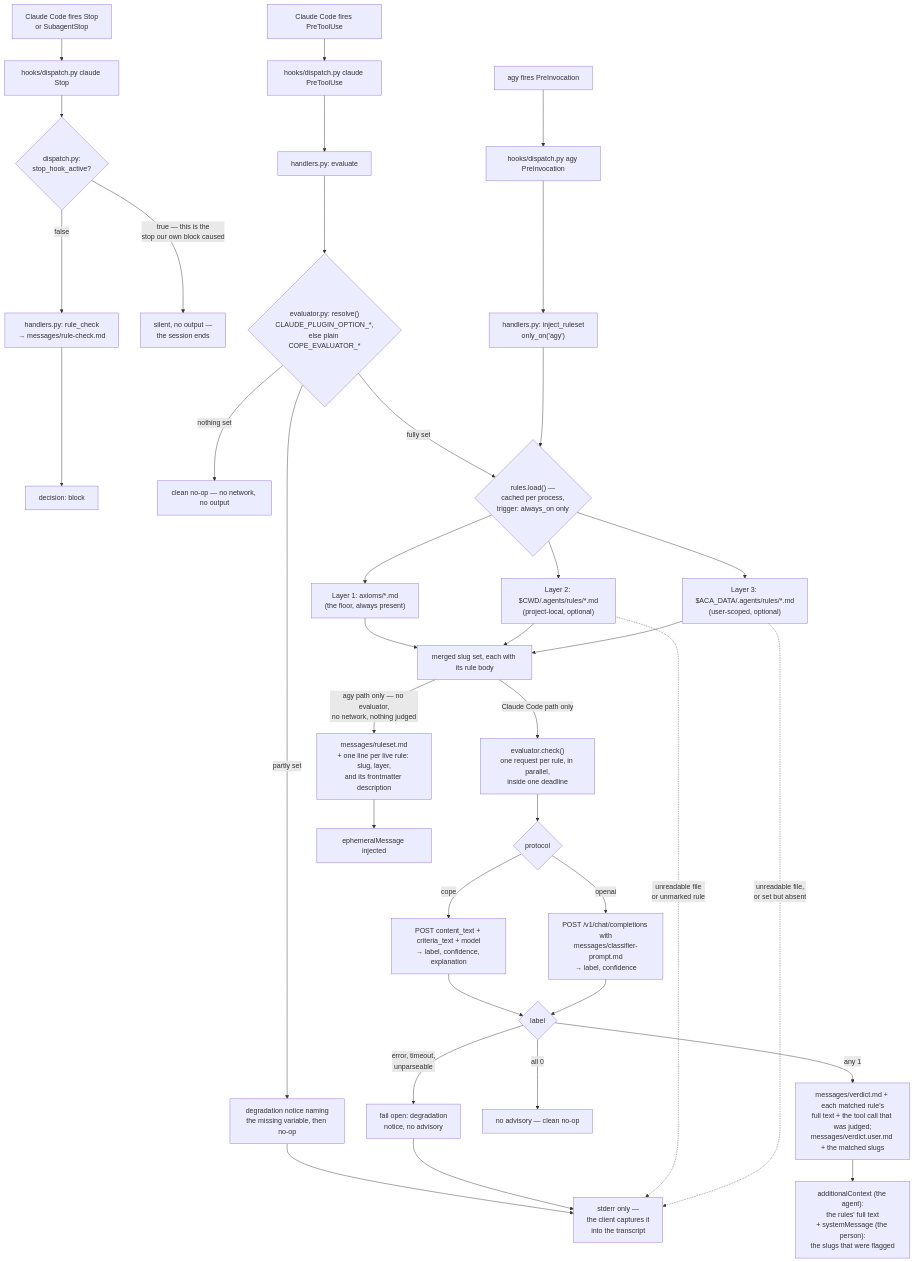
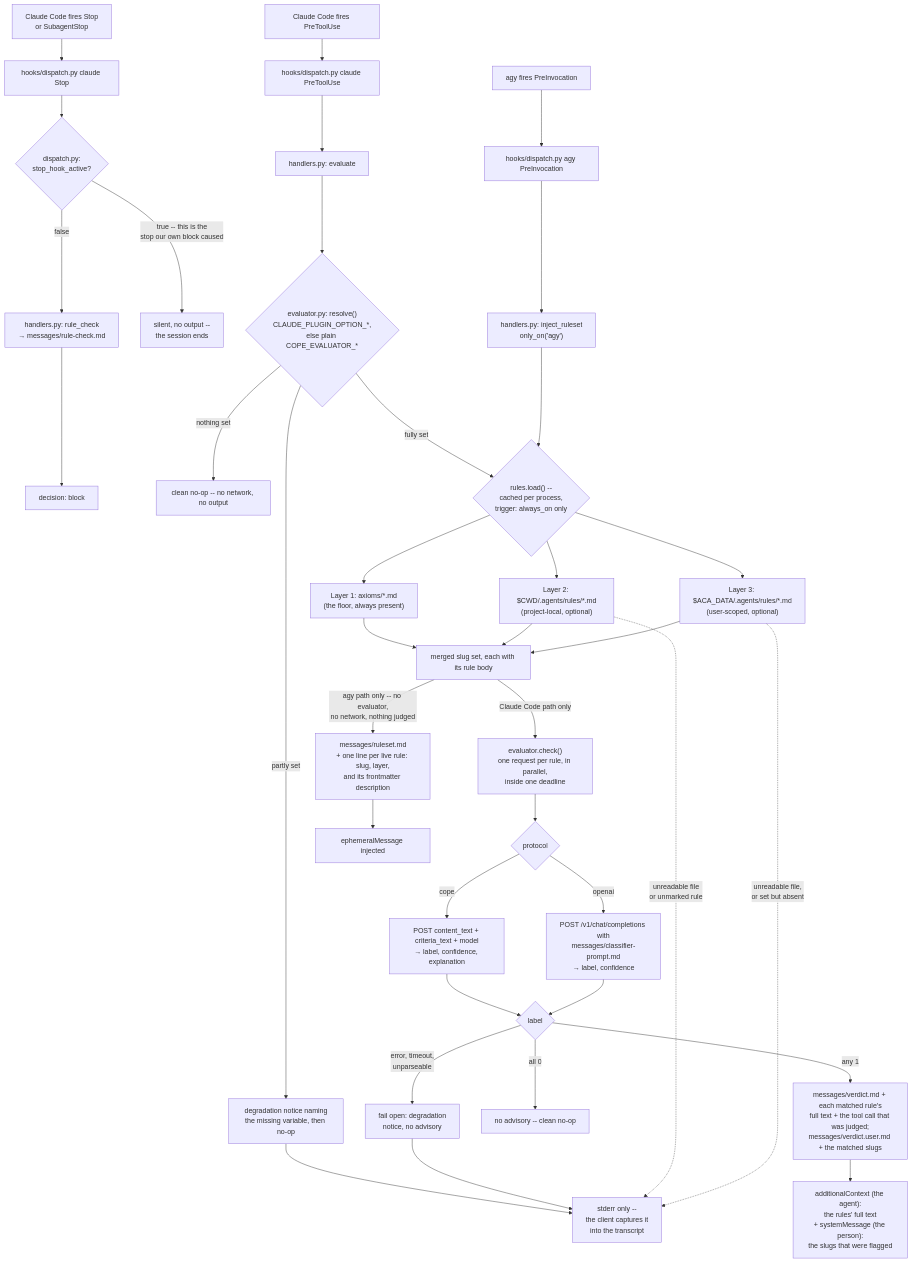
Before and after one commit to nicsuzor/academicOps: the diagram in plugins/rbg/README.md, drawn with Mermaid. The commit also changed other lines of this file and 46 other files, not shown here.

````diff
--- a/plugins/rbg/README.md
+++ b/plugins/rbg/README.md
@@ -11,45 +11,45 @@
 ```mermaid
 flowchart TD
     A[Claude Code fires PreToolUse] --> B["hooks/dispatch.py claude PreToolUse"]
     A2[agy fires PreInvocation] --> B2["hooks/dispatch.py agy PreInvocation"]
     A3[Claude Code fires Stop<br/>or SubagentStop] --> B3["hooks/dispatch.py claude Stop"]
     B --> C["handlers.py: evaluate"]
     B2 --> C2["handlers.py: inject_ruleset<br/>only_on('agy')"]
     B3 --> S{"dispatch.py:<br/>stop_hook_active?"}
-    S -->|"true — this is the<br/>stop our own block caused"| S1[silent, no output —<br/>the session ends]
+    S -->|"true -- this is the<br/>stop our own block caused"| S1[silent, no output --<br/>the session ends]
     S -->|false| S2["handlers.py: rule_check<br/>→ messages/rule-check.md"]
     S2 --> S3["decision: block"]
 
     C --> R{"evaluator.py: resolve()<br/>CLAUDE_PLUGIN_OPTION_*,<br/>else plain COPE_EVALUATOR_*"}
-    R -->|nothing set| R1[clean no-op — no network, no output]
+    R -->|nothing set| R1[clean no-op -- no network, no output]
     R -->|partly set| R2[degradation notice naming<br/>the missing variable, then no-op]
     R -->|fully set| D
 
     C2 --> D
-    D{"rules.load() —<br/>cached per process,<br/>trigger: always_on only"} --> E1["Layer 1: axioms/*.md<br/>(the floor, always present)"]
+    D{"rules.load() --<br/>cached per process,<br/>trigger: always_on only"} --> E1["Layer 1: axioms/*.md<br/>(the floor, always present)"]
     D --> E2["Layer 2: $CWD/.agents/rules/*.md<br/>(project-local, optional)"]
     D --> E3["Layer 3: $ACA_DATA/.agents/rules/*.md<br/>(user-scoped, optional)"]
     E1 --> F[merged slug set, each with its rule body]
     E2 --> F
     E3 --> F
 
     F -->|Claude Code path only| G["evaluator.check()<br/>one request per rule, in parallel,<br/>inside one deadline"]
     G --> H{"protocol"}
     H -->|cope| H1["POST content_text + criteria_text + model<br/>→ label, confidence, explanation"]
     H -->|openai| H2["POST /v1/chat/completions with<br/>messages/classifier-prompt.md<br/>→ label, confidence"]
     H1 --> I{label}
     H2 --> I
     I -->|error, timeout,<br/>unparseable| J["fail open: degradation<br/>notice, no advisory"]
-    I -->|all 0| K[no advisory — clean no-op]
+    I -->|all 0| K[no advisory -- clean no-op]
     I -->|any 1| L["messages/verdict.md + each matched rule's<br/>full text + the tool call that was judged;<br/>messages/verdict.user.md + the matched slugs"]
     L --> M["additionalContext (the agent):<br/>the rules' full text<br/>+ systemMessage (the person):<br/>the slugs that were flagged"]
 
-    F -->|agy path only — no evaluator,<br/>no network, nothing judged| N["messages/ruleset.md<br/>+ one line per live rule: slug, layer,<br/>and its frontmatter description"]
+    F -->|agy path only -- no evaluator,<br/>no network, nothing judged| N["messages/ruleset.md<br/>+ one line per live rule: slug, layer,<br/>and its frontmatter description"]
     N --> O["ephemeralMessage injected"]
 
     R2 --> P
     J --> P
     E2 -.->|unreadable file<br/>or unmarked rule| P
     E3 -.->|unreadable file,<br/>or set but absent| P
-    P["stderr only —<br/>the client captures it<br/>into the transcript"]
+    P["stderr only --<br/>the client captures it<br/>into the transcript"]
 ```
````
